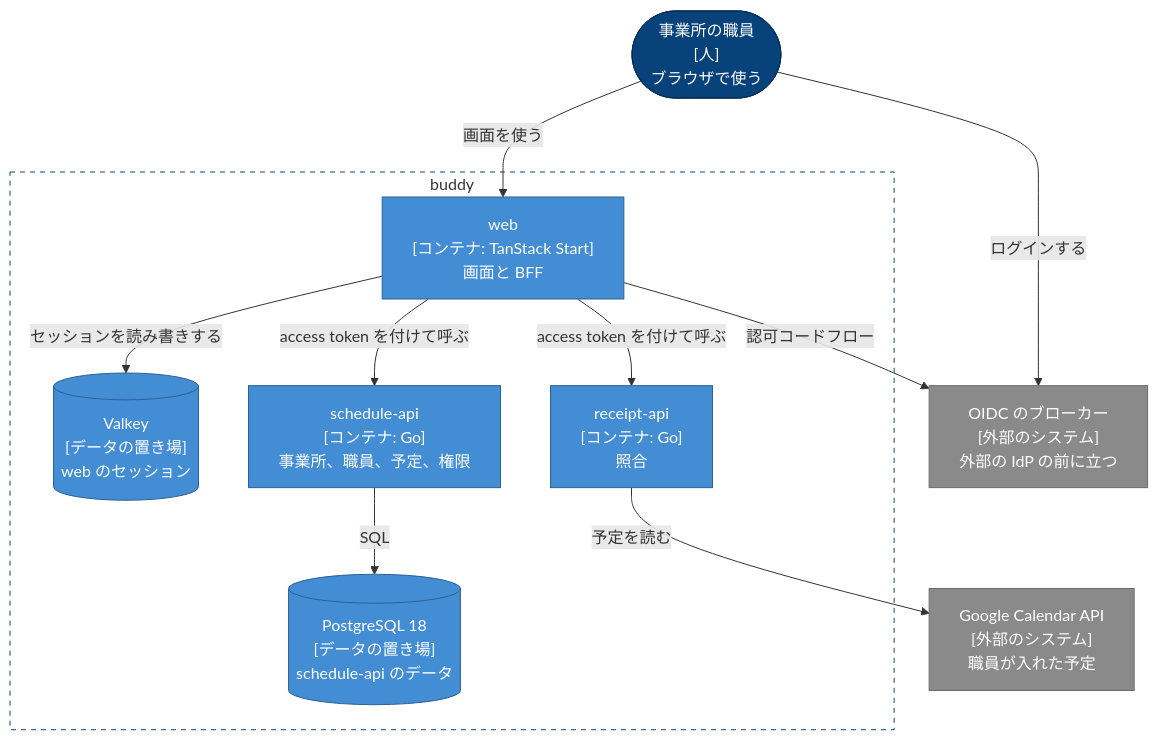
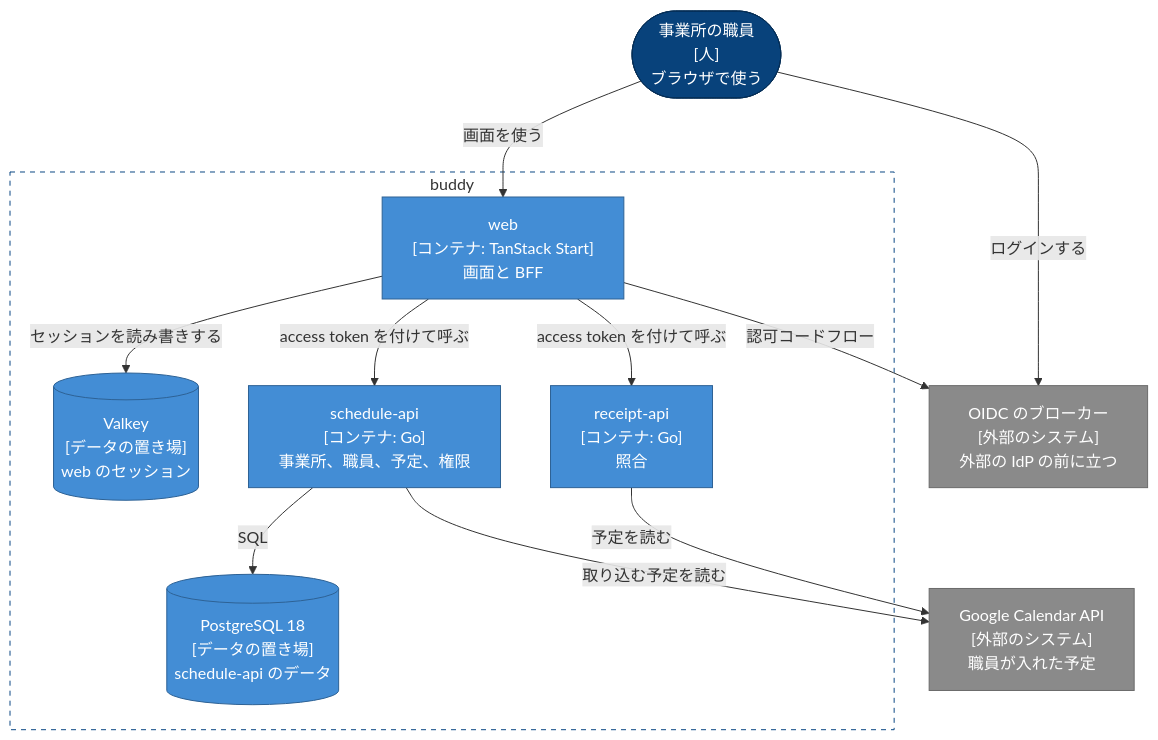
One commit to Fukuemon/buddy changed the diagram in docs/design/DesignDoc.md. Above: the diagram before and after it, drawn with Mermaid. The commit also changed other lines of this file and 11 other files, not shown here.

````diff
--- a/docs/design/DesignDoc.md
+++ b/docs/design/DesignDoc.md
@@ -47,28 +47,29 @@
 ```mermaid
 flowchart TB
   staff(["事業所の職員<br/>[人]<br/>ブラウザで使う"])
   broker["OIDC のブローカー<br/>[外部のシステム]<br/>外部の IdP の前に立つ"]
   subgraph buddy["buddy"]
     web["web<br/>[コンテナ: TanStack Start]<br/>画面と BFF"]
     valkey[("Valkey<br/>[データの置き場]<br/>web のセッション")]
     schedule["schedule-api<br/>[コンテナ: Go]<br/>事業所、職員、予定、権限"]
     receipt["receipt-api<br/>[コンテナ: Go]<br/>照合"]
     postgres[("PostgreSQL 18<br/>[データの置き場]<br/>schedule-api のデータ")]
   end
   gcal["Google Calendar API<br/>[外部のシステム]<br/>職員が入れた予定"]
   staff -- "画面を使う" --> web
   staff -- "ログインする" --> broker
   web -- "認可コードフロー" --> broker
   web -- "セッションを読み書きする" --> valkey
   web -- "access token を付けて呼ぶ" --> schedule
   web -- "access token を付けて呼ぶ" --> receipt
   schedule -- "SQL" --> postgres
   receipt -- "予定を読む" --> gcal
+  schedule -- "取り込む予定を読む" --> gcal
   classDef person fill:#08427b,stroke:#052e56,color:#fff
   classDef container fill:#438dd5,stroke:#2e6295,color:#fff
   classDef external fill:#8a8a8a,stroke:#6b6b6b,color:#fff
   class staff person
   class web,valkey,schedule,receipt,postgres container
   class broker,gcal external
   style buddy fill:none,stroke:#0b4884,stroke-dasharray:5 5
 ```
````
